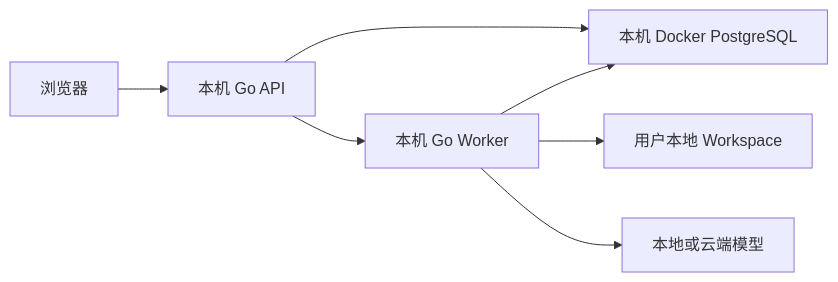
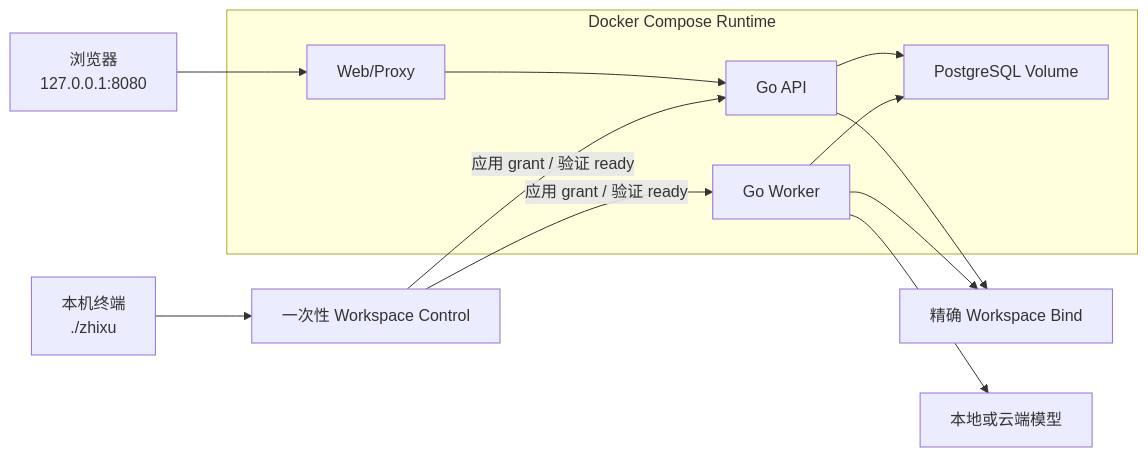
One commit to CodeZen-Lizhi/zhixu changed the third of 5 diagrams in docs/architecture/system-context.md. Above: the diagram before and after it, drawn with Mermaid. The commit also changed other lines of this file and 11 other files, not shown here.

Commit message:
docs(runtime): 同步 Workspace Docker 运行文档

````diff
--- a/docs/architecture/system-context.md
+++ b/docs/architecture/system-context.md
@@ -141,9 +141,15 @@
 ```mermaid
 flowchart LR
-    Browser["浏览器"] --> LocalApp["本机 Go API"]
-    LocalApp --> LocalWorker["本机 Go Worker"]
-    LocalApp --> PG["本机 Docker PostgreSQL"]
-    LocalWorker --> PG
-    LocalWorker --> Folder["用户本地 Workspace"]
-    LocalWorker --> Model["本地或云端模型"]
+    Terminal["本机终端\n./zhixu"] --> Control["一次性 Workspace Control"]
+    subgraph Docker["Docker Compose Runtime"]
+        Web["Web/Proxy"] --> API["Go API"]
+        API --> PG["PostgreSQL Volume"]
+        Worker["Go Worker"] --> PG
+    end
+    Browser["浏览器\n127.0.0.1:8080"] --> Web
+    Control -->|"应用 grant / 验证 ready"| API
+    Control -->|"应用 grant / 验证 ready"| Worker
+    API --> Folder["精确 Workspace Bind"]
+    Worker --> Folder
+    Worker --> Model["本地或云端模型"]
 ```
````
